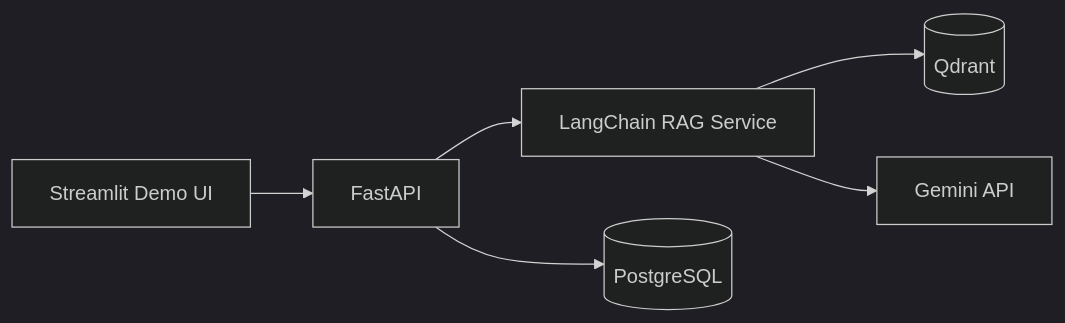
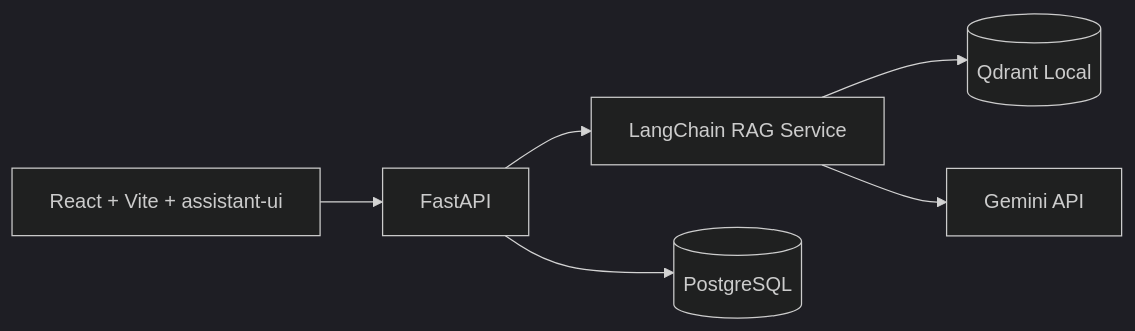
One commit to JohanMV/enterprise-rag-assistant changed the second of 2 diagrams in README.md. Above: the diagram before and after it, drawn with Mermaid (dark theme). The commit also changed other lines of this file, not shown here.

Commit message:
docs: update README with React frontend, assistant-ui, and PostgreSQL persistence architecture

````diff
--- a/README.md
+++ b/README.md
@@ -64,8 +64,8 @@
 ```mermaid
 flowchart LR
-    UI[Streamlit Demo UI] --> API[FastAPI]
+    UI[React + Vite + assistant-ui] --> API[FastAPI]
     API --> RAG[LangChain RAG Service]
-    RAG --> VDB[(Qdrant)]
+    RAG --> VDB[(Qdrant Local)]
     RAG --> LLM[Gemini API]
     API --> PG[(PostgreSQL)]
 ```
````
